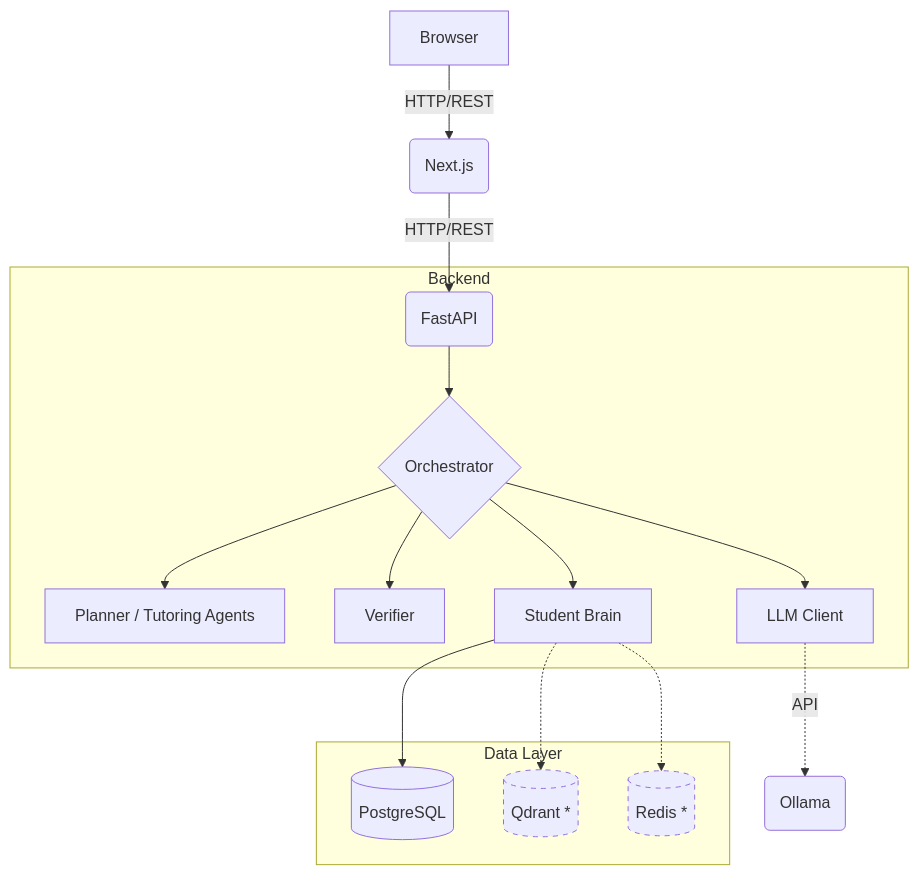
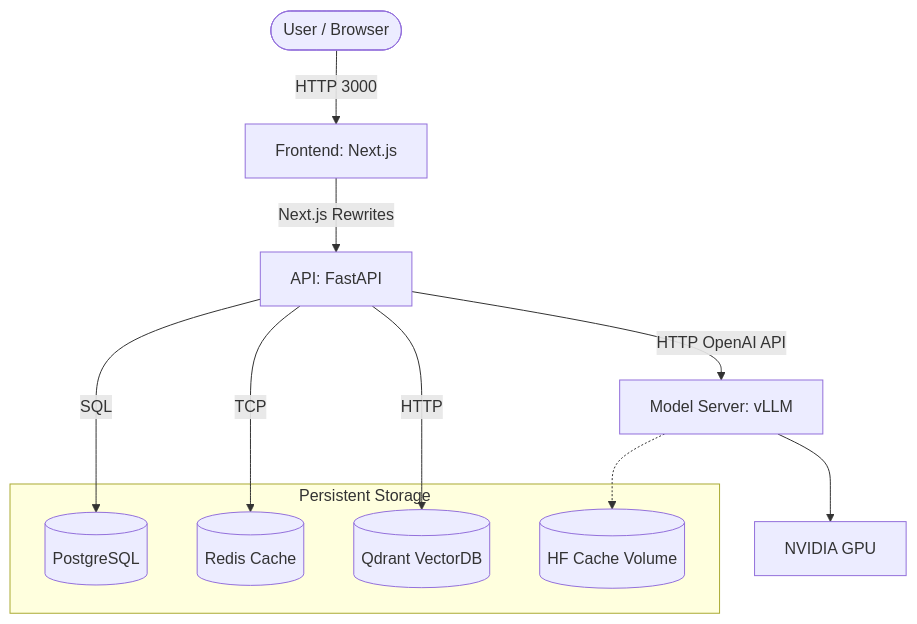
The diagram in README.md (NeelakshSaxena/Maieutic), drawn with Mermaid before and after one commit. The commit also changed other lines of this file and 10 other files, not shown here.

````diff
--- a/README.md
+++ b/README.md
@@ -57,24 +47,21 @@
 ```mermaid
 graph TD
-    A[Browser] -->|HTTP/REST| B(Next.js)
-    B -->|HTTP/REST| C(FastAPI)
+    User([User / Browser]) -->|HTTP 3000| Frontend[Frontend: Next.js]
+    Frontend -->|Next.js Rewrites| API[API: FastAPI]
     
-    subgraph Backend
-        C --> D{Orchestrator}
-        D --> E[Planner / Tutoring Agents]
-        D --> F[Verifier]
-        D --> G[LLM Client]
-        D --> H[Student Brain]
-    end
-
-    G -.->|API| I(Ollama)
-
-    subgraph Data Layer
-        H --> J[(PostgreSQL)]
-        H -.-> K[(Qdrant *)]
-        H -.-> L[(Redis *)]
+    API -->|SQL| DB[(PostgreSQL)]
+    API -->|TCP| Redis[(Redis Cache)]
+    API -->|HTTP| Qdrant[(Qdrant VectorDB)]
+    API -->|HTTP OpenAI API| Model[Model Server: vLLM]
+    
+    Model --> GPU[NVIDIA GPU]
+    
+    subgraph Persistent Storage
+    DB
+    Redis
+    Qdrant
+    HF_Cache[(HF Cache Volume)]
     end
     
-    classDef partial stroke-dasharray: 5 5;
-    class K,L partial;
+    Model -.-> HF_Cache
 ```
````
